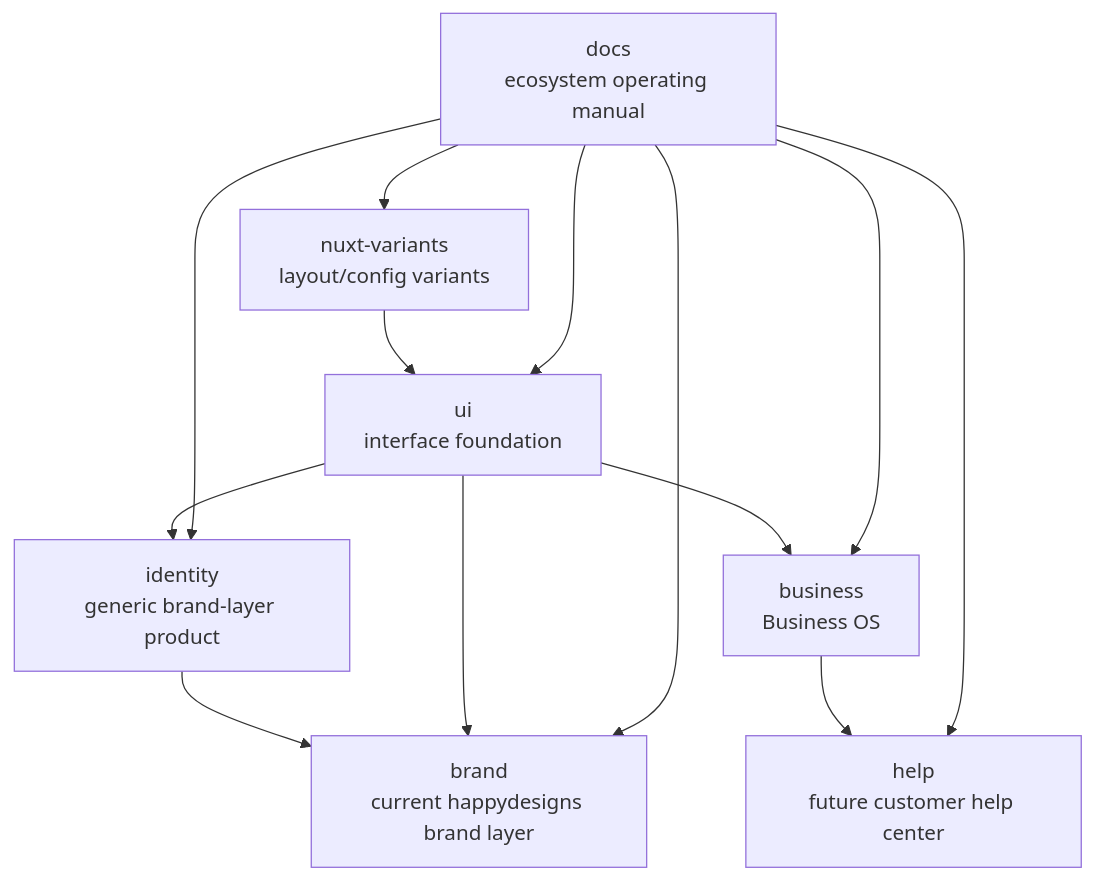
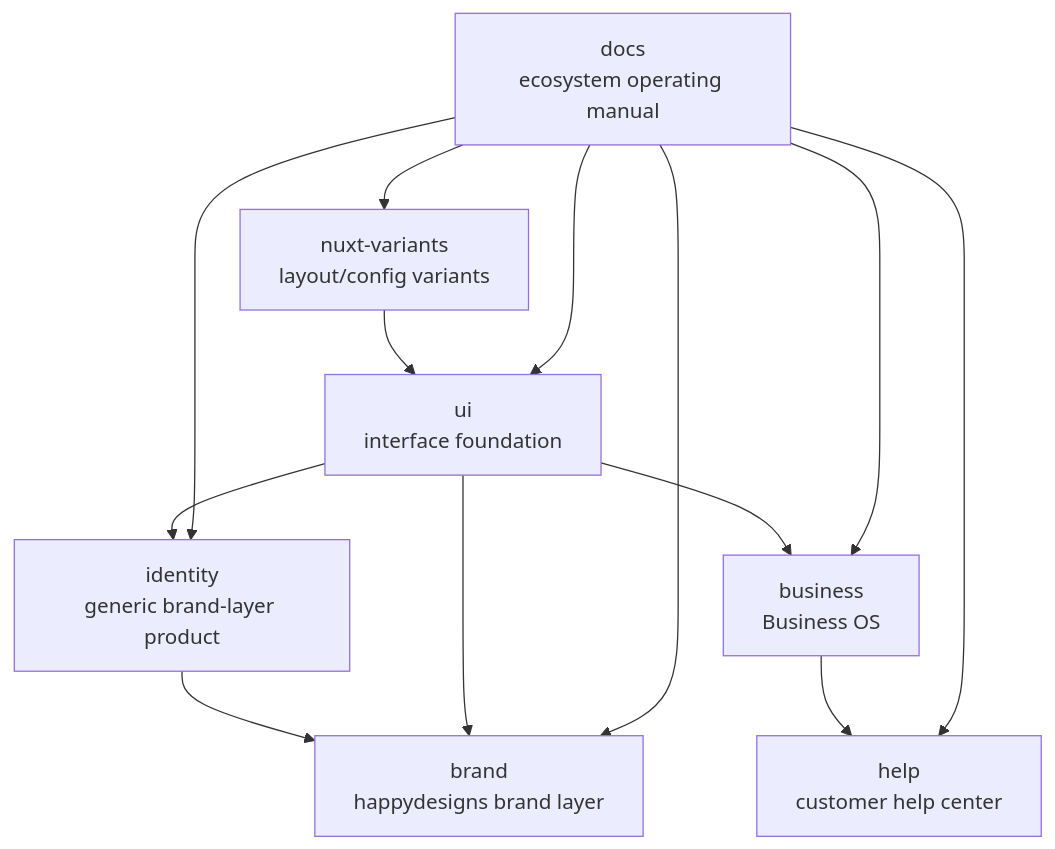
Before and after one commit to happydesigns/docs: the diagram in content/en/1.start/3.ecosystem-map.md, drawn with Mermaid. The commit also changed other lines of this file and 27 other files, not shown here.

````diff
--- a/content/en/1.start/3.ecosystem-map.md
+++ b/content/en/1.start/3.ecosystem-map.md
@@ -9,16 +9,16 @@
 ```mermaid
 flowchart TD
   Docs["docs<br/>ecosystem operating manual"] --> UI["ui<br/>interface foundation"]
   Docs --> Identity["identity<br/>generic brand-layer product"]
-  Docs --> Brand["brand<br/>current happydesigns brand layer"]
+  Docs --> Brand["brand<br/>happydesigns brand layer"]
   Docs --> Business["business<br/>Business OS"]
   Docs --> Variants["nuxt-variants<br/>layout/config variants"]
-  Docs --> Help["help<br/>future customer help center"]
+  Docs --> Help["help<br/>customer help center"]
 
   UI --> Brand
   UI --> Identity
   Identity --> Brand
   UI --> Business
   Variants --> UI
   Business --> Help
 ```
````
